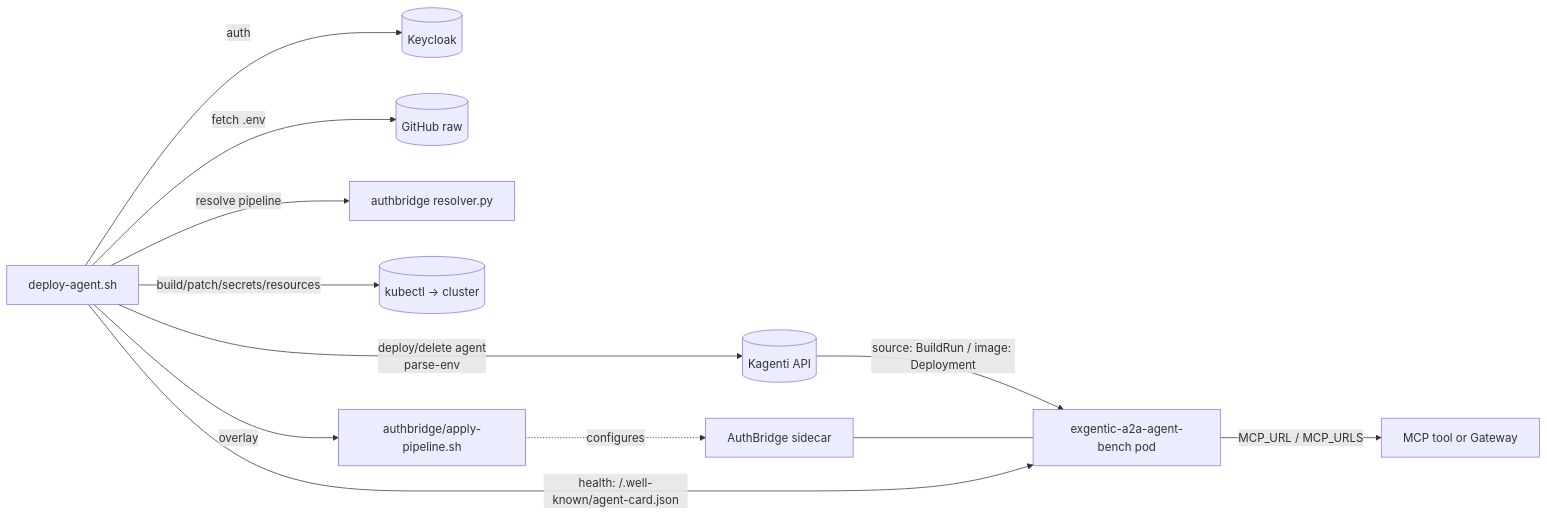
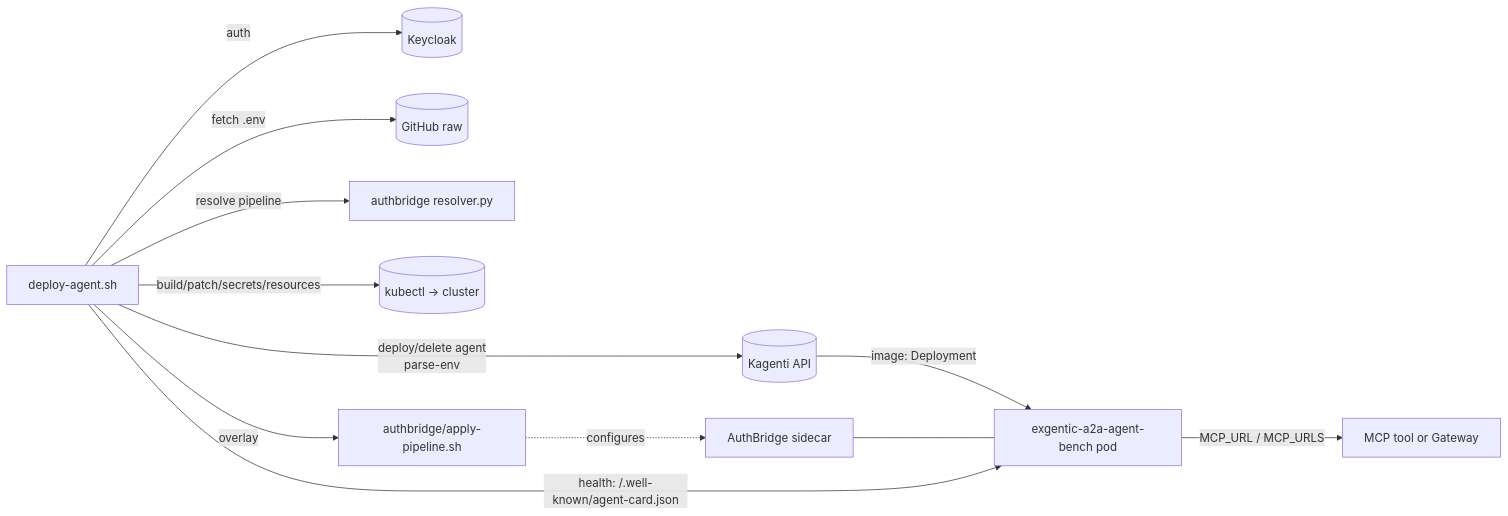
Before and after one commit to rossoctl/workload-harness: the sixth of 9 diagrams in exgentic_a2a_runner/docs/workflow-diagrams.md, drawn with Mermaid. The commit also changed other lines of this file and 2 other files, not shown here.

First line of the commit message:
refactor(deploy-agent): remove source/generic_agent build path

````diff
--- a/exgentic_a2a_runner/docs/workflow-diagrams.md
+++ b/exgentic_a2a_runner/docs/workflow-diagrams.md
@@ -255,15 +250,15 @@
 ```mermaid
 flowchart LR
     A[deploy-agent.sh] -->|auth| KC[(Keycloak)]
     A -->|deploy/delete agent<br/>parse-env| KAG[(Kagenti API)]
     A -->|fetch .env| GH[(GitHub raw)]
     A -->|resolve pipeline| PY[authbridge resolver.py]
     A -->|build/patch/secrets/resources| KUBE[(kubectl → cluster)]
     A -->|overlay| AP[authbridge/apply-pipeline.sh]
 
-    KAG -->|source: BuildRun / image: Deployment| AG[exgentic-a2a-agent-bench pod]
+    KAG -->|image: Deployment| AG[exgentic-a2a-agent-bench pod]
     AP -.->|configures| SC[AuthBridge sidecar]
     SC --- AG
     A -->|health: /.well-known/agent-card.json| AG
     AG -->|MCP_URL / MCP_URLS| MCP[MCP tool or Gateway]
 ```
````
